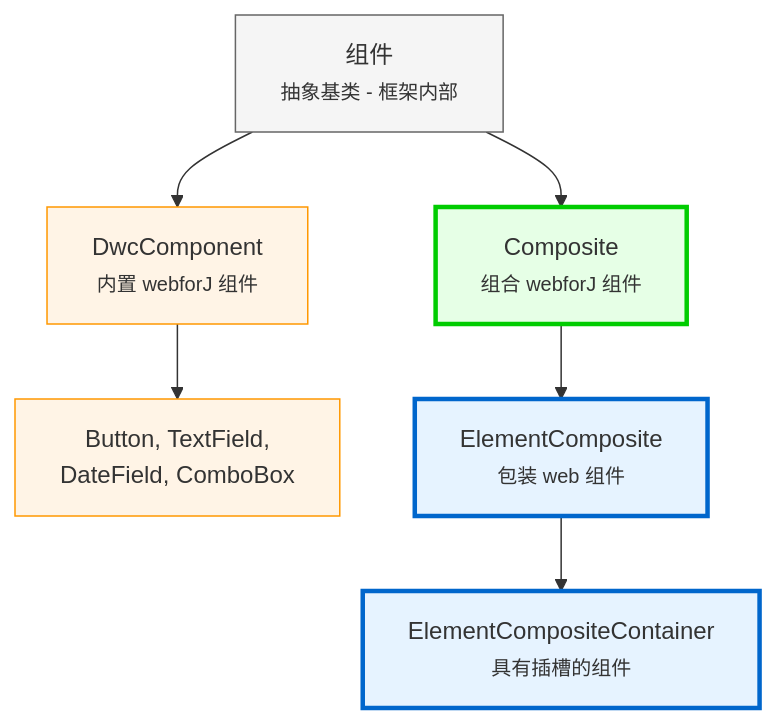
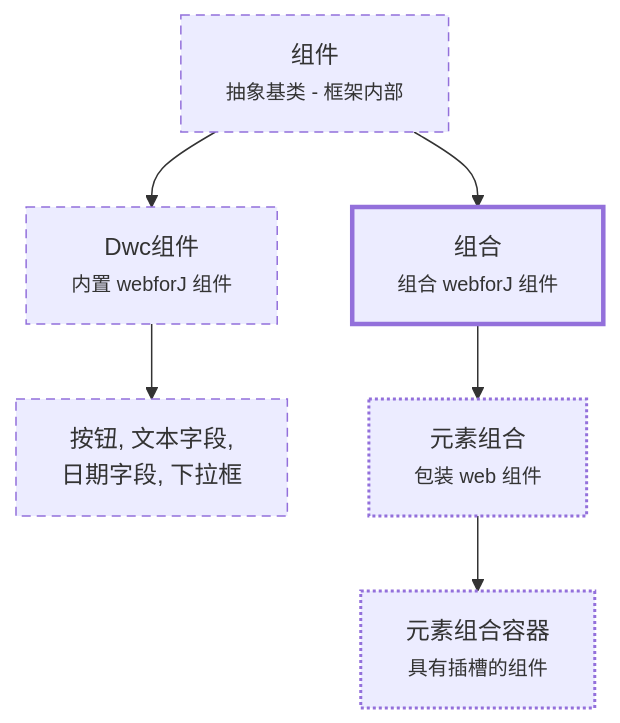
Before and after one commit to webforj/webforj-documentation: the diagram in docs/i18n/zh/docusaurus-plugin-content-docs/current/building-ui/component-fundamentals.md, drawn with Mermaid. The commit also changed other lines of this file and 11 other files, not shown here.

````diff
--- a/docs/i18n/zh/docusaurus-plugin-content-docs/current/building-ui/component-fundamentals.md
+++ b/docs/i18n/zh/docusaurus-plugin-content-docs/current/building-ui/component-fundamentals.md
@@ -52,22 +52,19 @@
 ```mermaid
 graph TD
   A[组件<br/><small>抽象基类 - 框架内部</small>]
   
-  A --> B[DwcComponent<br/><small>内置 webforJ 组件</small>]
-  A --> C[Composite<br/><small>组合 webforJ 组件</small>]
+  A --> B[Dwc组件<br/><small>内置 webforJ 组件</small>]
+  A --> C[组合<br/><small>组合 webforJ 组件</small>]
   
-  B --> E[Button, TextField,<br/>DateField, ComboBox]
+  B --> E[按钮, 文本字段,<br/>日期字段, 下拉框]
   
-  C --> D[ElementComposite<br/><small>包装 web 组件</small>]
-  D --> F[ElementCompositeContainer<br/><small>具有插槽的组件</small>]
-  
-  style A fill:#f5f5f5,stroke:#666
-  style B fill:#fff4e6,stroke:#ff9800
-  style C fill:#e6ffe6,stroke:#00cc00
-  style D fill:#e6f3ff,stroke:#0066cc
-  style E fill:#fff4e6,stroke:#ff9800
-  style F fill:#e6f3ff,stroke:#0066cc
-  
-  classDef userClass stroke-width:3px
-  class C,D,F userClass
+  C --> D[元素组合<br/><small>包装 web 组件</small>]
+  D --> F[元素组合容器<br/><small>具有插槽的组件</small>]
+
+  classDef internal stroke-dasharray:6 4,stroke-width:1px
+  classDef primary stroke-width:3px
+  classDef secondary stroke-width:2px,stroke-dasharray:2 2
+  class A,B,E internal
+  class C primary
+  class D,F secondary
 ```
````
